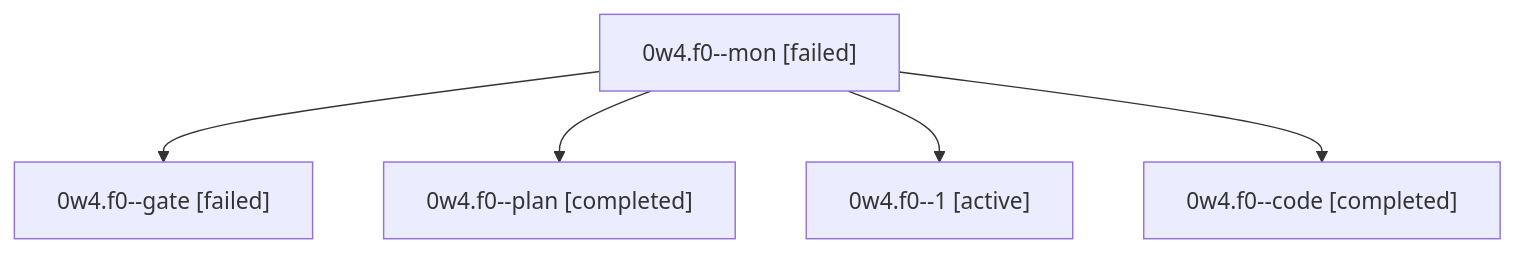
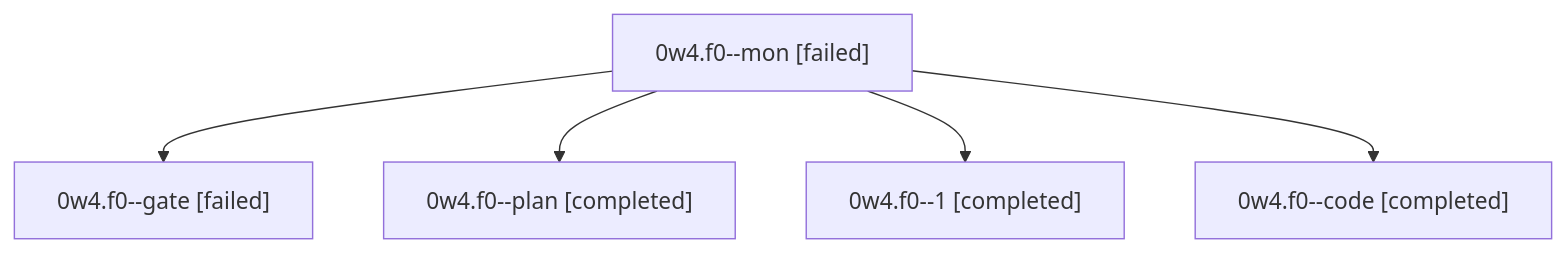
Before and after one commit to bobs-org/bob-cli--agents: the diagram in sessions/bbugyi200.athena.0w4.f0.md, drawn with Mermaid. The commit also changed other lines of this file and 17 other files, not shown here.

````diff
--- a/sessions/bbugyi200.athena.0w4.f0.md
+++ b/sessions/bbugyi200.athena.0w4.f0.md
@@ -9,12 +9,12 @@
 ```mermaid
 flowchart TD
   n0["0w4.f0--mon [failed]"]
   n1["0w4.f0--gate [failed]"]
   n0 --> n1
   n2["0w4.f0--plan [completed]"]
   n0 --> n2
-  n3["0w4.f0--1 [active]"]
+  n3["0w4.f0--1 [completed]"]
   n0 --> n3
   n4["0w4.f0--code [completed]"]
   n0 --> n4
 ```
````
